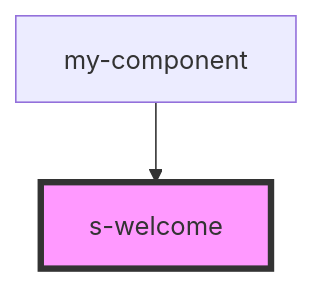
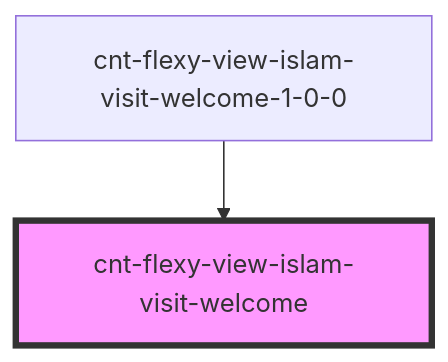
The diagram in src/components/cnt-flexy-view-islam-visit-welcome-1-0-0/res/view/cnt-flexy-view-islam-visit-welcome/readme.md (Muzagov/Visit), drawn with Mermaid before and after one commit. The commit also changed other lines of this file and 19 other files, not shown here.

````diff
--- a/src/components/cnt-flexy-view-islam-visit-welcome-1-0-0/res/view/cnt-flexy-view-islam-visit-welcome/readme.md
+++ b/src/components/cnt-flexy-view-islam-visit-welcome-1-0-0/res/view/cnt-flexy-view-islam-visit-welcome/readme.md
@@ -22,5 +32,5 @@
 ```mermaid
 graph TD;
-  my-component --> s-welcome
-  style s-welcome fill:#f9f,stroke:#333,stroke-width:4px
+  cnt-flexy-view-islam-visit-welcome-1-0-0 --> cnt-flexy-view-islam-visit-welcome
+  style cnt-flexy-view-islam-visit-welcome fill:#f9f,stroke:#333,stroke-width:4px
 ```
````
